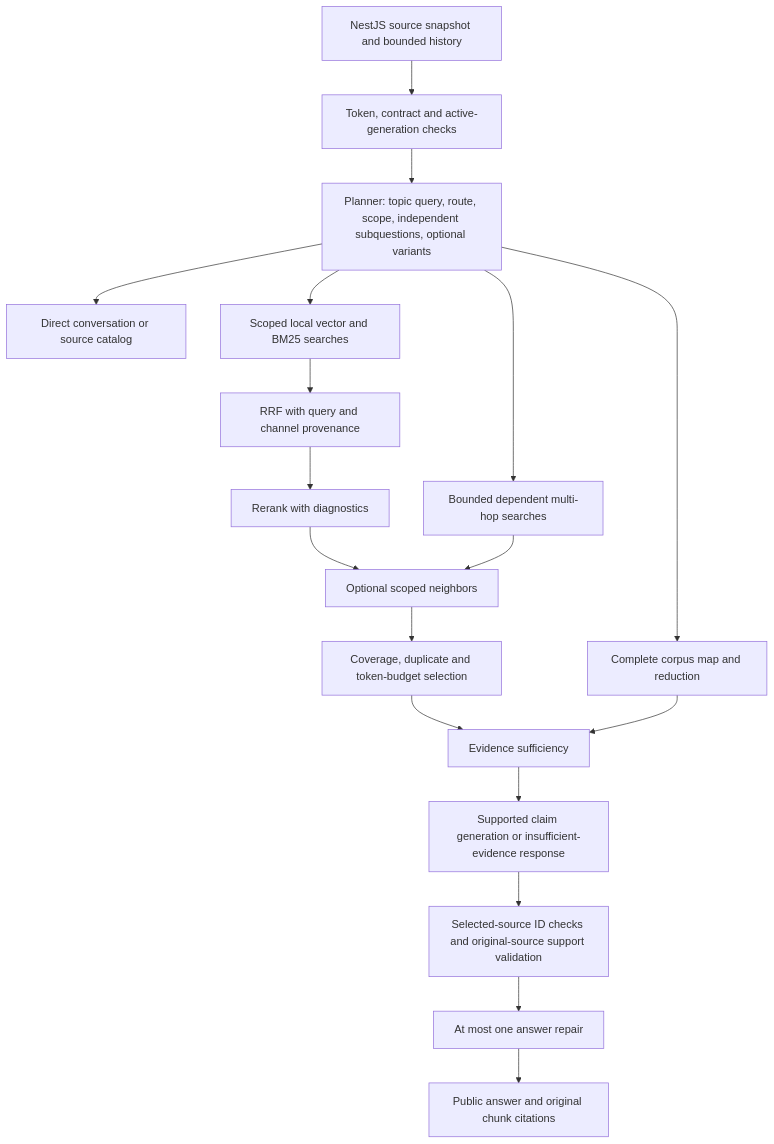
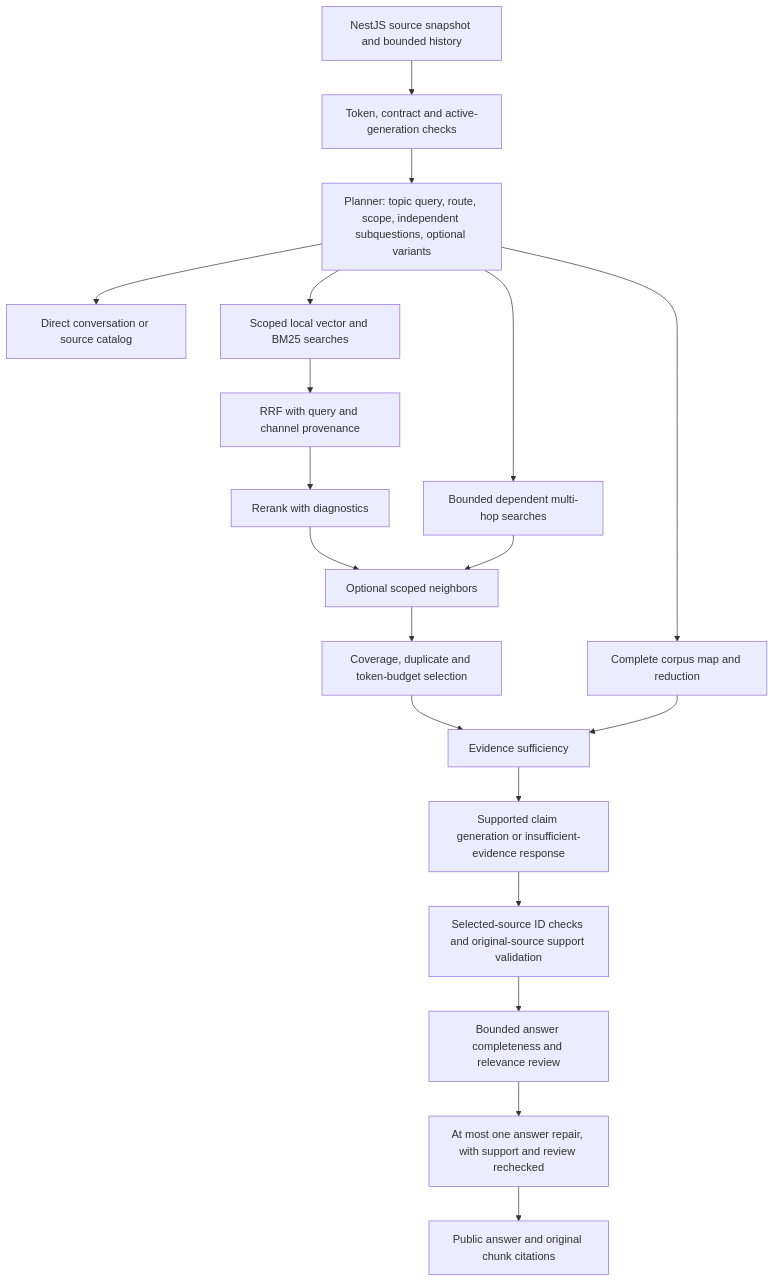
Before and after one commit to sarinj/RAG: the diagram in docs/implementation/rag-correctness.md, drawn with Mermaid. The commit also changed other lines of this file and 24 other files, not shown here.

First line of the commit message:
feat: Enhance answer quality review process and model handling

````diff
--- a/docs/implementation/rag-correctness.md
+++ b/docs/implementation/rag-correctness.md
@@ -30,20 +30,21 @@
 ```mermaid
 flowchart TD
     A[NestJS source snapshot and bounded history] --> B[Token, contract and active-generation checks]
     B --> C[Planner: topic query, route, scope, independent subquestions, optional variants]
     C --> D[Direct conversation or source catalog]
     C --> E[Scoped local vector and BM25 searches]
     C --> F[Complete corpus map and reduction]
     C --> G[Bounded dependent multi-hop searches]
     E --> H[RRF with query and channel provenance]
     H --> I[Rerank with diagnostics]
     I --> J[Optional scoped neighbors]
     G --> J
     J --> K[Coverage, duplicate and token-budget selection]
     K --> L[Evidence sufficiency]
     F --> L
     L --> M[Supported claim generation or insufficient-evidence response]
     M --> N[Selected-source ID checks and original-source support validation]
-    N --> O[At most one answer repair]
+    N --> Q[Bounded answer completeness and relevance review]
+    Q --> O[At most one answer repair, with support and review rechecked]
     O --> P[Public answer and original chunk citations]
 ```
````
